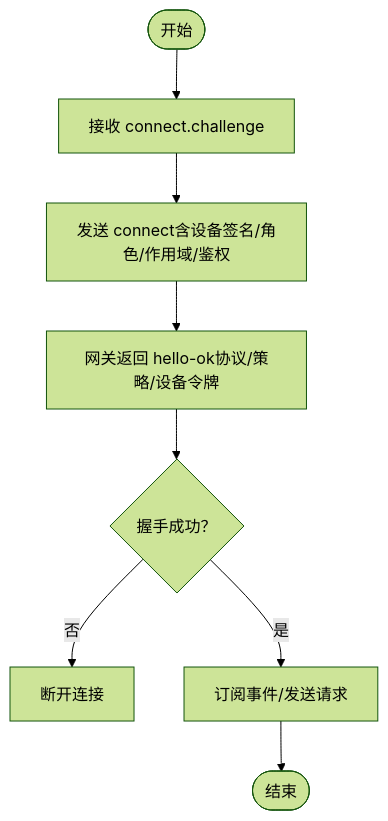
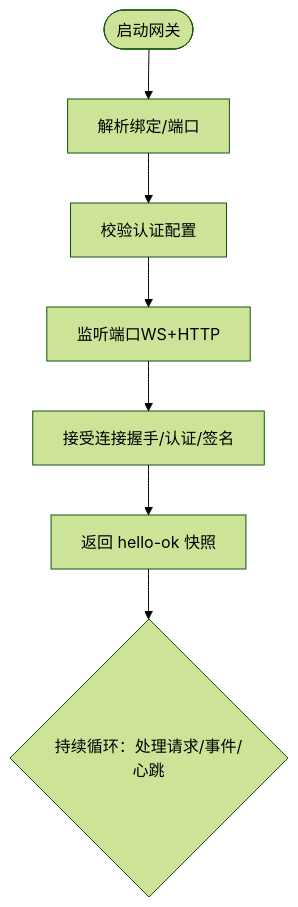
Before and after one commit to botx-work/OpenClaw-Internals: the third of 10 diagrams in repowiki/zh/content/核心概念/核心概念.md, drawn with Mermaid (forest theme). The commit also changed other lines of this file and 542 other files, not shown here.

````diff
--- a/repowiki/zh/content/核心概念/核心概念.md
+++ b/repowiki/zh/content/核心概念/核心概念.md
@@ -150,10 +152,9 @@
 ```mermaid
 flowchart TD
-Start(["开始"]) --> Challenge["接收 connect.challenge"]
-Challenge --> Connect["发送 connect含设备签名/角色/作用域/鉴权"]
-Connect --> Hello["网关返回 hello-ok协议/策略/设备令牌"]
-Hello --> Ready{"握手成功？"}
-Ready --> |否| Close["断开连接"]
-Ready --> |是| Stream["订阅事件/发送请求"]
-Stream --> End(["结束"])
+Start(["启动网关"]) --> Bind["解析绑定/端口"]
+Bind --> Auth["校验认证配置"]
+Auth --> Listen["监听端口WS+HTTP"]
+Listen --> Accept["接受连接握手/认证/签名"]
+Accept --> Ready["返回 hello-ok 快照"]
+Ready --> Loop{"持续循环：处理请求/事件/心跳"}
 ```
````
